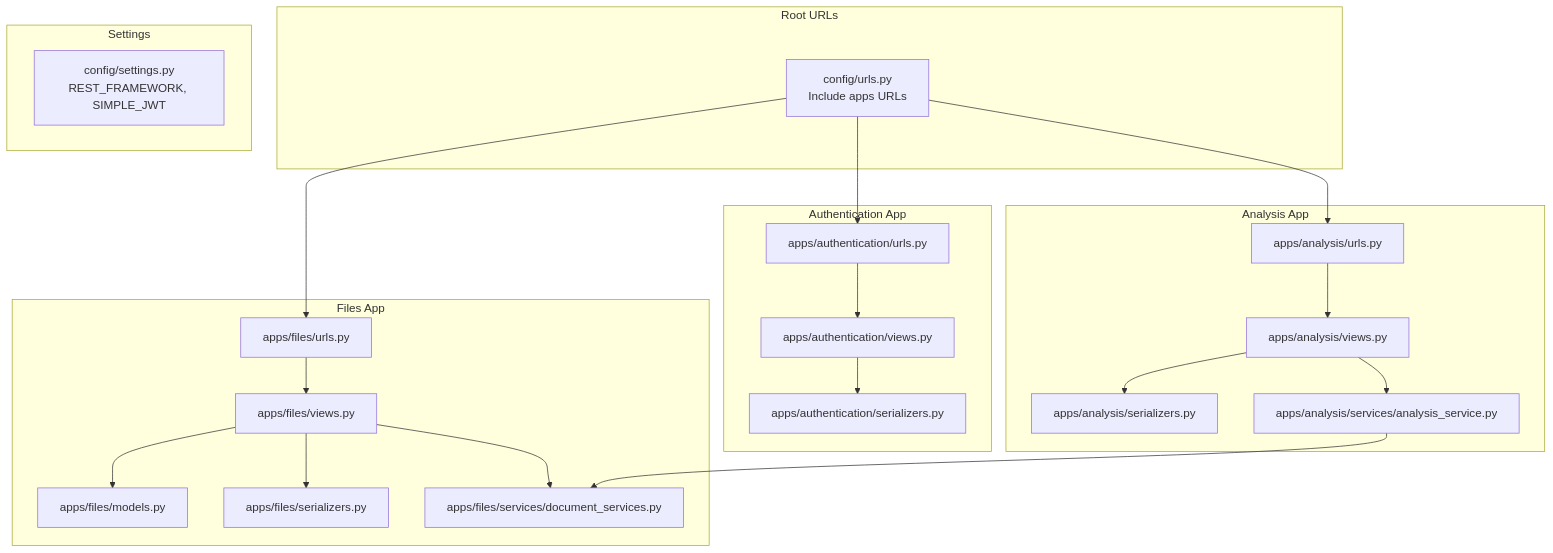
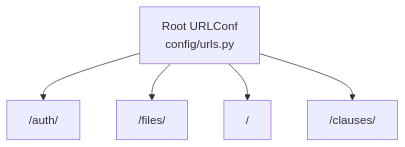
Before and after one commit to HamzaHindo/veritasshield: the first of 8 diagrams in backend/.qoder/repowiki/en/content/API Reference/API Reference.md, drawn with Mermaid. The commit also changed other lines of this file and 49 other files, not shown here.

````diff
--- a/backend/.qoder/repowiki/en/content/API Reference/API Reference.md
+++ b/backend/.qoder/repowiki/en/content/API Reference/API Reference.md
@@ -51,40 +43,7 @@
 ```mermaid
 graph TB
-subgraph "Root URLs"
-R["config/urls.py<br/>Include apps URLs"]
-end
-subgraph "Authentication App"
-AU["apps/authentication/urls.py"]
-AV["apps/authentication/views.py"]
-AS["apps/authentication/serializers.py"]
-end
-subgraph "Files App"
-FU["apps/files/urls.py"]
-FV["apps/files/views.py"]
-FM["apps/files/models.py"]
-FS["apps/files/serializers.py"]
-FD["apps/files/services/document_services.py"]
-end
-subgraph "Analysis App"
-AU2["apps/analysis/urls.py"]
-AV2["apps/analysis/views.py"]
-AS2["apps/analysis/serializers.py"]
-AF["apps/analysis/services/analysis_service.py"]
-end
-subgraph "Settings"
-S["config/settings.py<br/>REST_FRAMEWORK, SIMPLE_JWT"]
-end
-R --> AU
-R --> FU
-R --> AU2
-AU --> AV
-AV --> AS
-FU --> FV
-FV --> FM
-FV --> FS
-FV --> FD
-AU2 --> AV2
-AV2 --> AS2
-AV2 --> AF
-AF --> FD
+Root["Root URLConf<br/>config/urls.py"] --> Auth["/auth/<path><br/>apps/authentication/urls.py"]
+Root --> Files["/files/<path><br/>apps/files/urls.py"]
+Root --> Analysis["/<path><br/>apps/analysis/urls.py"]
+Root --> Clauses["/clauses/<path><br/>apps/clauses/urls.py"]
 ```
````
